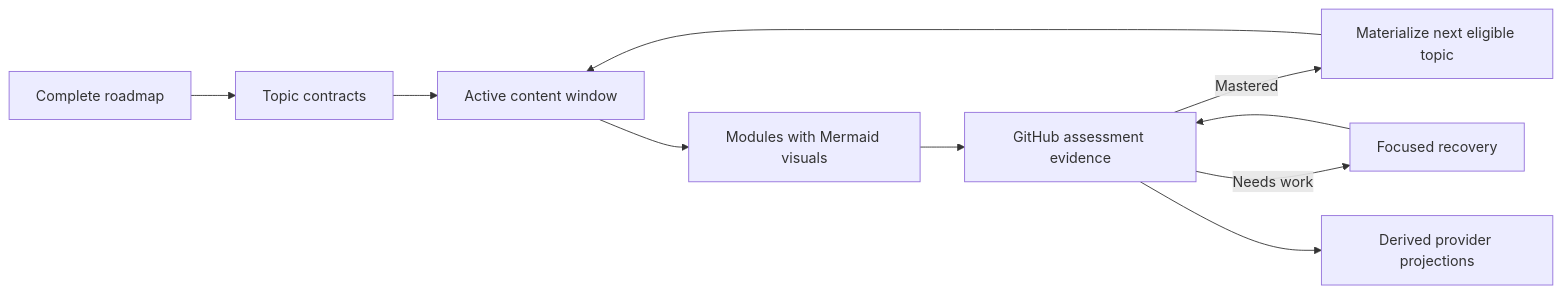
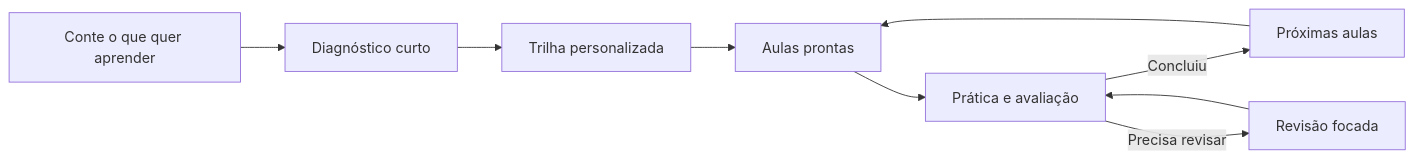
One commit to diegomoura/open-study-path changed the diagram in README.md. Above: the diagram before and after it, drawn with Mermaid. The commit also changed other lines of this file, not shown here.

````diff
--- a/README.md
+++ b/README.md
@@ -19,12 +85,11 @@
 ```mermaid
 flowchart LR
-    R[Complete roadmap] --> T[Topic contracts]
-    T --> W[Active content window]
-    W --> M[Modules with Mermaid visuals]
-    M --> A[GitHub assessment evidence]
-    A -->|Mastered| N[Materialize next eligible topic]
-    A -->|Needs work| C[Focused recovery]
-    N --> W
-    C --> A
-    A --> P[Derived provider projections]
+    I[Conte o que quer aprender] --> D[Diagnóstico curto]
+    D --> R[Trilha personalizada]
+    R --> A[Aulas prontas]
+    A --> P[Prática e avaliação]
+    P -->|Concluiu| N[Próximas aulas]
+    P -->|Precisa revisar| V[Revisão focada]
+    V --> P
+    N --> A
 ```
````
